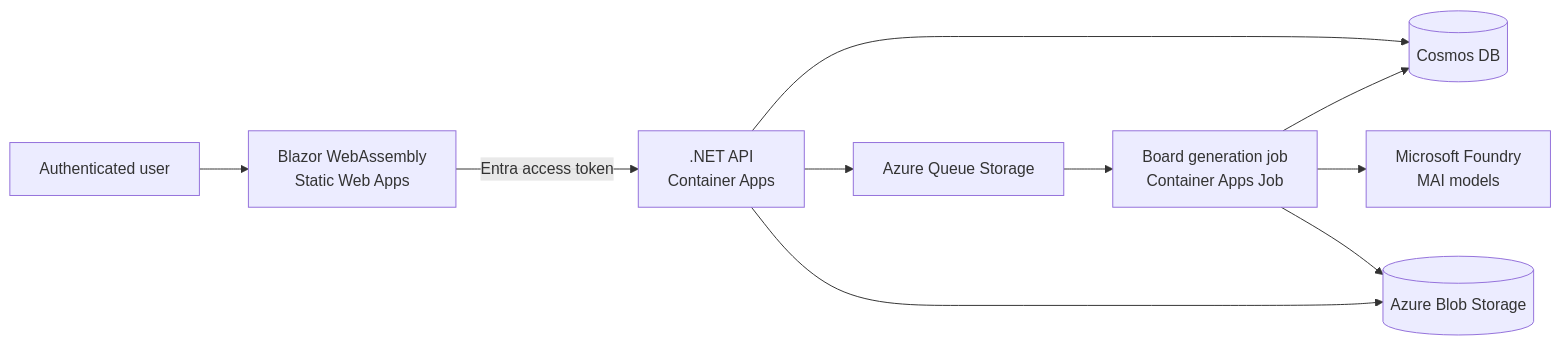
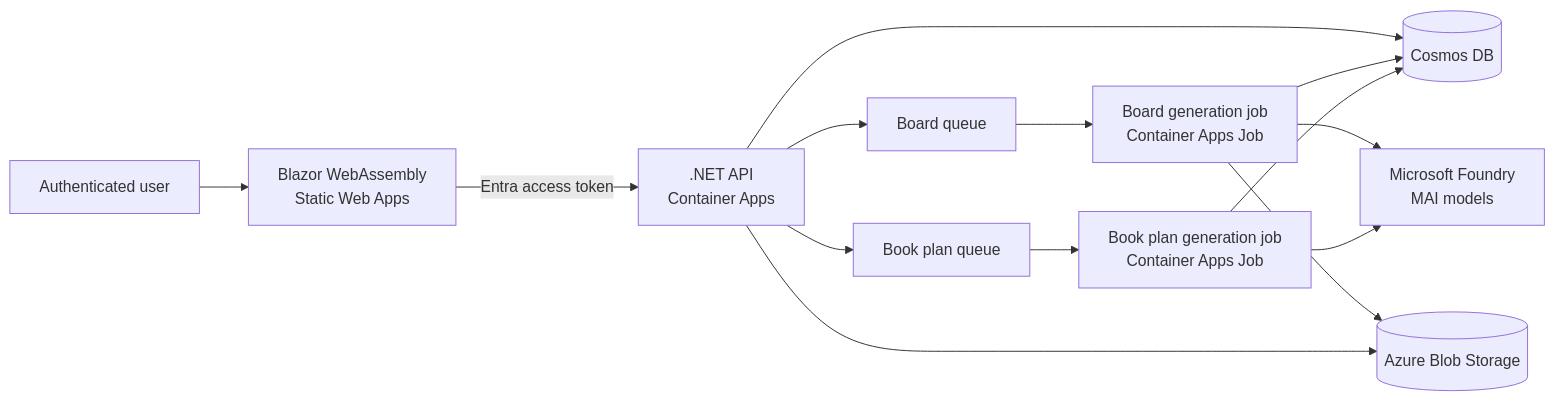
One commit to mathieumack/foundry-comics-mai changed the diagram in README.md. Above: the diagram before and after it, drawn with Mermaid. The commit also changed 25 other files, not shown here.

````diff
--- a/README.md
+++ b/README.md
@@ -30,12 +30,16 @@
 ```mermaid
 flowchart LR
     User[Authenticated user] --> Web[Blazor WebAssembly<br/>Static Web Apps]
     Web -->|Entra access token| API[.NET API<br/>Container Apps]
     API --> Cosmos[(Cosmos DB)]
-    API --> Queue[Azure Queue Storage]
-    Queue --> Job[Board generation job<br/>Container Apps Job]
-    Job --> Foundry[Microsoft Foundry<br/>MAI models]
-    Job --> Blob[(Azure Blob Storage)]
-    Job --> Cosmos
+    API --> BoardQueue[Board queue]
+    API --> PlanQueue[Book plan queue]
+    BoardQueue --> BoardJob[Board generation job<br/>Container Apps Job]
+    PlanQueue --> BookPlanJob[Book plan generation job<br/>Container Apps Job]
+    BoardJob --> Foundry[Microsoft Foundry<br/>MAI models]
+    BookPlanJob --> Foundry
+    BoardJob --> Blob[(Azure Blob Storage)]
+    BoardJob --> Cosmos
+    BookPlanJob --> Cosmos
     API --> Blob
 ```
````
